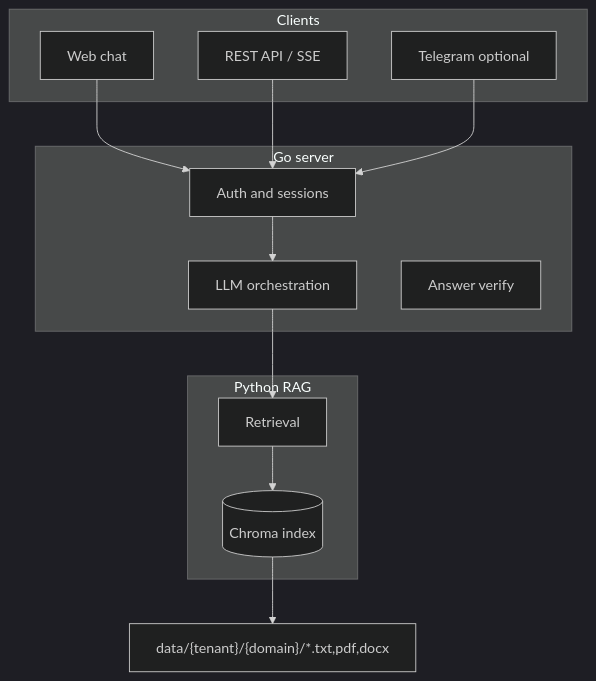
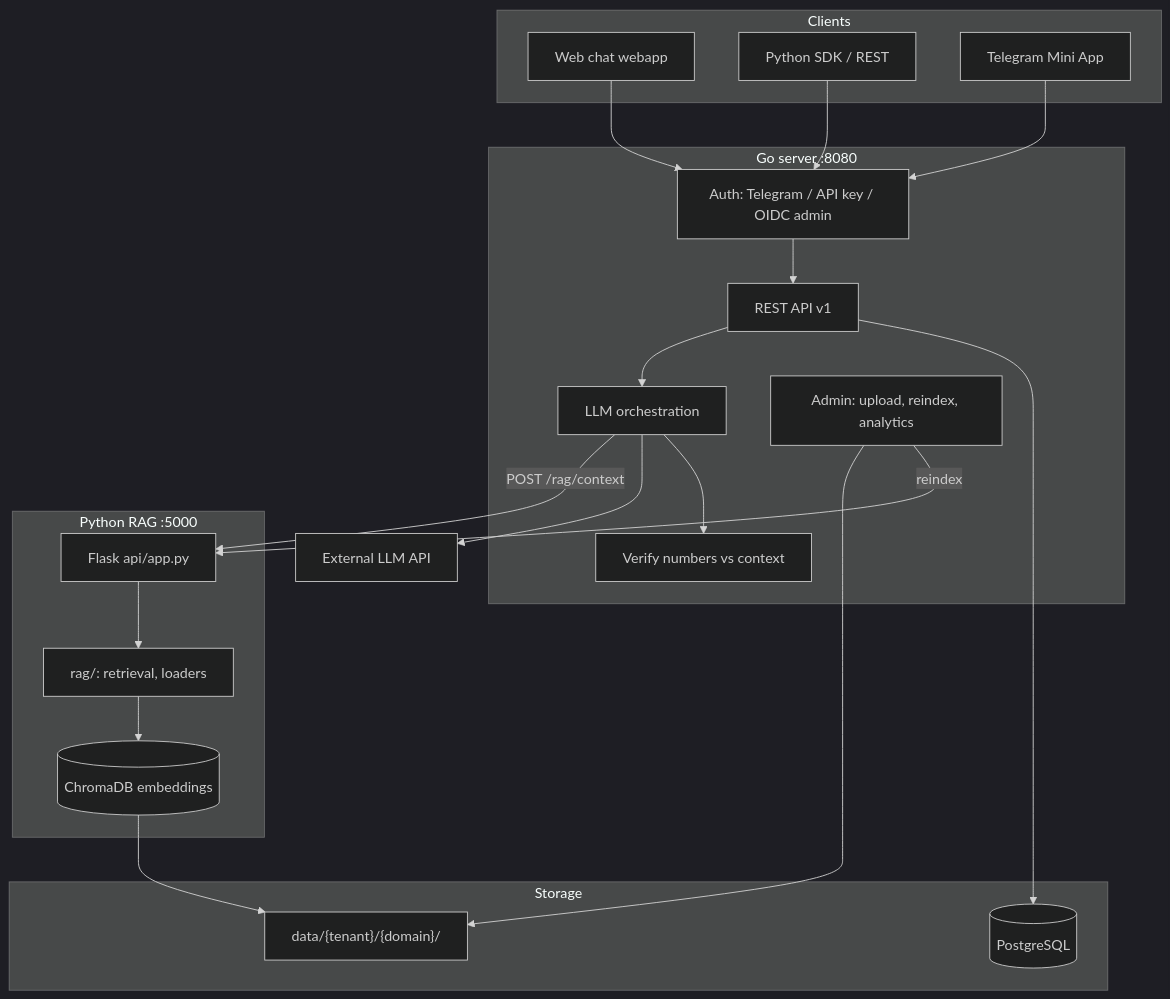
Before and after one commit to kantik001/grounded-llm: the diagram in README.md, drawn with Mermaid (dark theme). The commit also changed other lines of this file and 3 other files, not shown here.

First line of the commit message:
Expand README architecture diagram; stop CodeQL from blocking PRs.

````diff
--- a/README.md
+++ b/README.md
@@ -29,25 +29,43 @@
 ```mermaid
 flowchart TB
     subgraph clients [Clients]
-        Web[Web chat]
-        API[REST API / SSE]
-        TG[Telegram optional]
+        Web[Web chat webapp]
+        SDK[Python SDK / REST]
+        TG[Telegram Mini App]
     end
-    subgraph go [Go server]
-        Auth[Auth and sessions]
+
+    subgraph go [Go server :8080]
+        Auth[Auth: Telegram / API key / OIDC admin]
+        API[REST API v1]
         LLM[LLM orchestration]
-        Verify[Answer verify]
+        Verify[Verify numbers vs context]
+        Admin[Admin: upload, reindex, analytics]
     end
-    subgraph py [Python RAG]
-        Retrieve[Retrieval]
-        Chroma[(Chroma index)]
+
+    subgraph py [Python RAG :5000]
+        Flask[Flask api/app.py]
+        RAG[rag/: retrieval, loaders]
+        Chroma[(ChromaDB embeddings)]
     end
-    Docs["data/{tenant}/{domain}/*.txt,pdf,docx"]
+
+    subgraph storage [Storage]
+        PG[(PostgreSQL)]
+        Files["data/{tenant}/{domain}/"]
+    end
+
+    LLMExt[External LLM API]
+
     Web --> Auth
-    API --> Auth
+    SDK --> Auth
     TG --> Auth
-    Auth --> LLM
-    LLM --> Retrieve
-    Retrieve --> Chroma
-    Chroma --> Docs
+    Auth --> API
+    API --> LLM
+    LLM -->|POST /rag/context| Flask
+    Flask --> RAG --> Chroma
+    Chroma --> Files
+    LLM --> LLMExt
+    LLM --> Verify
+    API --> PG
+    Admin --> Files
+    Admin -->|reindex| Flask
 ```
````
